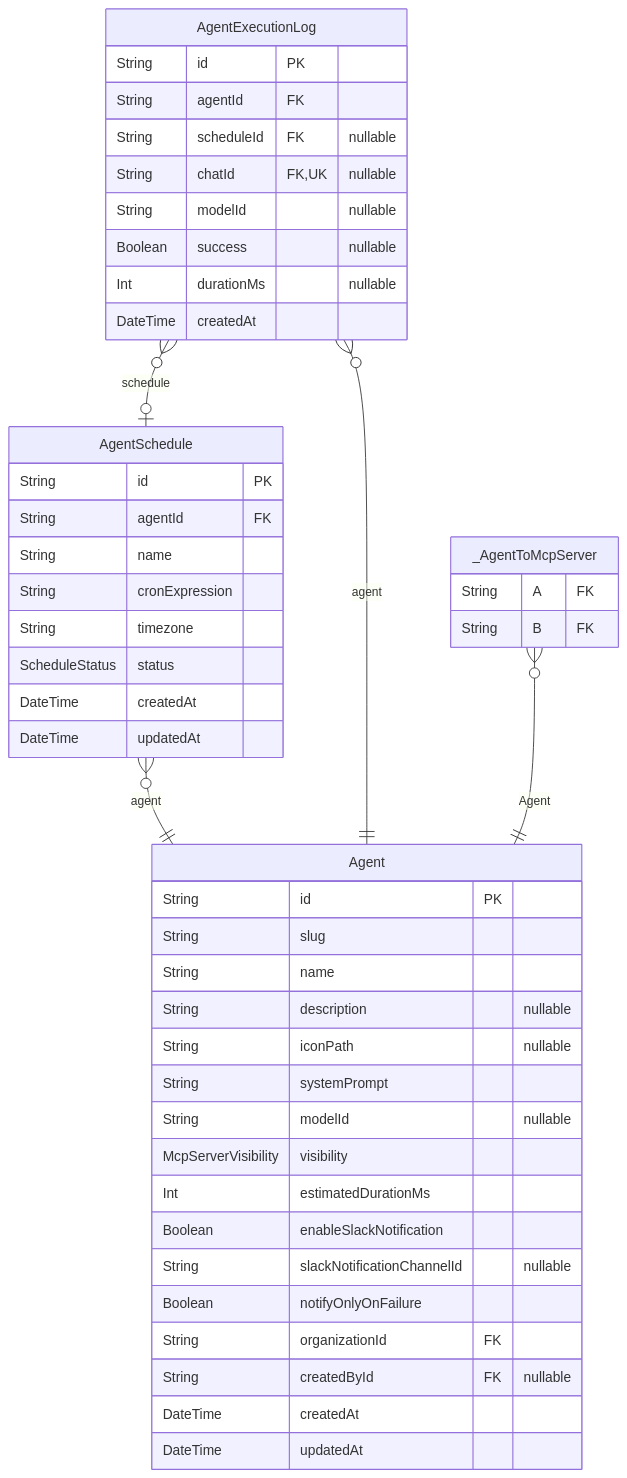
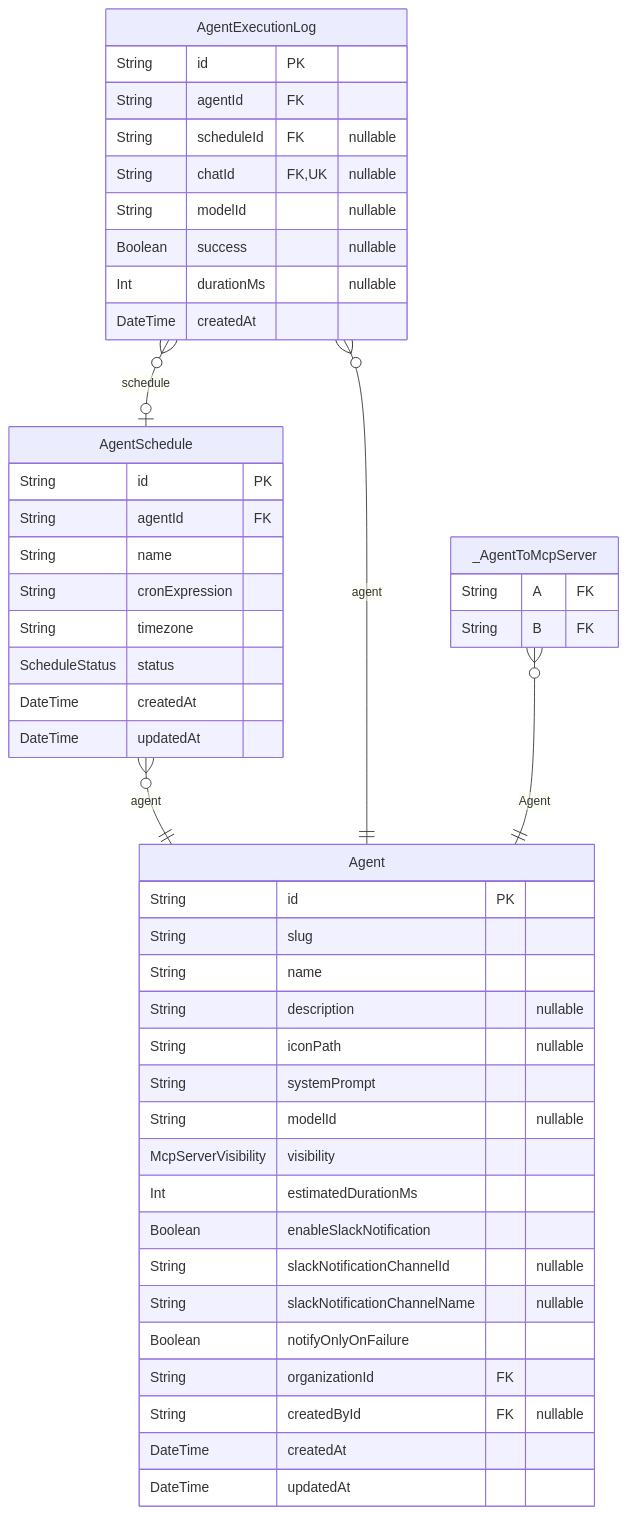
Before and after one commit to rayven122/tumiki: the first of 10 diagrams in packages/db/prisma/README.md, drawn with Mermaid. The commit also changed other lines of this file and 12 other files, not shown here.

First line of the commit message:
feat(notification): add Slack channel name display in notification UI

````diff
--- a/packages/db/prisma/README.md
+++ b/packages/db/prisma/README.md
@@ -16,49 +16,50 @@
 ```mermaid
 erDiagram
 "Agent" {
   String id PK
   String slug
   String name
   String description "nullable"
   String iconPath "nullable"
   String systemPrompt
   String modelId "nullable"
   McpServerVisibility visibility
   Int estimatedDurationMs
   Boolean enableSlackNotification
   String slackNotificationChannelId "nullable"
+  String slackNotificationChannelName "nullable"
   Boolean notifyOnlyOnFailure
   String organizationId FK
   String createdById FK "nullable"
   DateTime createdAt
   DateTime updatedAt
 }
 "AgentSchedule" {
   String id PK
   String agentId FK
   String name
   String cronExpression
   String timezone
   ScheduleStatus status
   DateTime createdAt
   DateTime updatedAt
 }
 "AgentExecutionLog" {
   String id PK
   String agentId FK
   String scheduleId FK "nullable"
   String chatId FK,UK "nullable"
   String modelId "nullable"
   Boolean success "nullable"
   Int durationMs "nullable"
   DateTime createdAt
 }
 "_AgentToMcpServer" {
   String A FK
   String B FK
 }
 "AgentSchedule" }o--|| "Agent" : agent
 "AgentExecutionLog" }o--|| "Agent" : agent
 "AgentExecutionLog" }o--o| "AgentSchedule" : schedule
 "_AgentToMcpServer" }o--|| "Agent" : Agent
 ```
````
